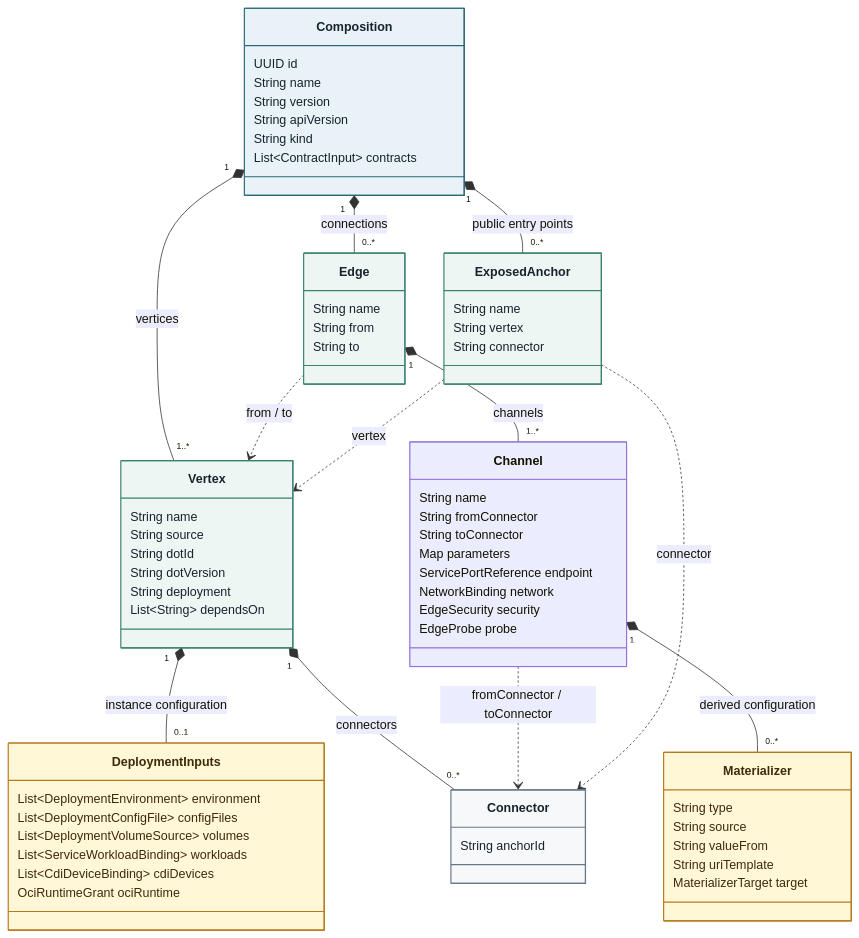
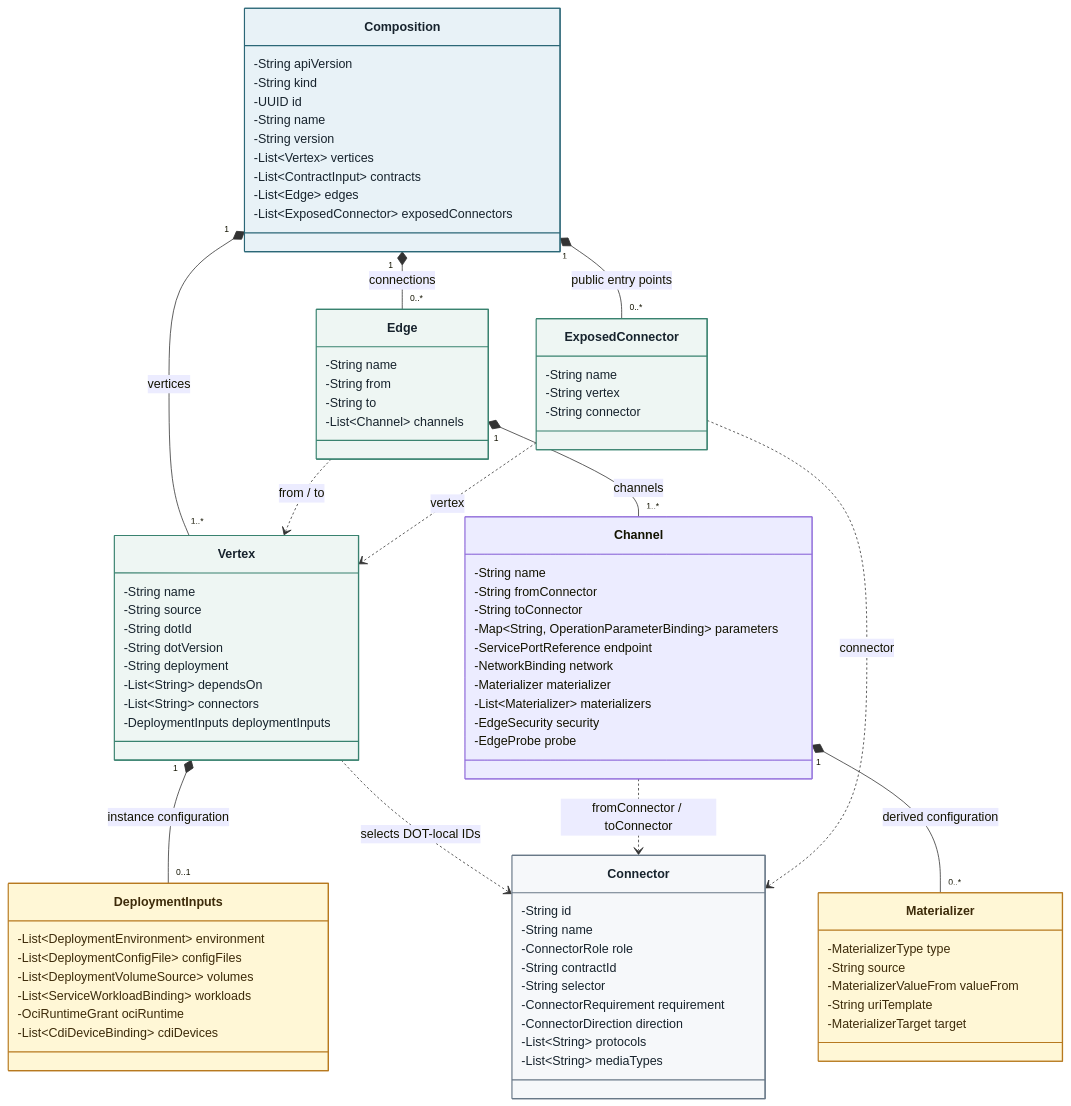
One commit to MARE-EU-Project/DOT-Docs changed the diagram in DOT-Design/next/dot-design/_attachments/diagrams/domain-composition.mmd. Above: the diagram before and after it, drawn with Mermaid. The commit also changed 106 other files, not shown here.

```diff
--- a/DOT-Design/next/dot-design/_attachments/diagrams/domain-composition.mmd
+++ b/DOT-Design/next/dot-design/_attachments/diagrams/domain-composition.mmd
@@ -1,79 +1,95 @@
 classDiagram
   direction TB
   accTitle: Composition vertices, edges, channels, and deployment inputs
-  accDescr: Edges connect named vertices. Each edge owns channels that select a connector on each endpoint. Each connector identifies an Anchor on the DOT chosen by its vertex.
+  accDescr: Edges connect named vertices. Each edge owns channels that select a connector on each endpoint. Each Vertex selects IDs from the Connectors defined by its DOT.
 
   class Composition {
-    UUID id
-    String name
-    String version
-    String apiVersion
-    String kind
-    List~ContractInput~ contracts
+    -String apiVersion
+    -String kind
+    -UUID id
+    -String name
+    -String version
+    -List~Vertex~ vertices
+    -List~ContractInput~ contracts
+    -List~Edge~ edges
+    -List~ExposedConnector~ exposedConnectors
   }
   class Vertex {
-    String name
-    String source
-    String dotId
-    String dotVersion
-    String deployment
-    List~String~ dependsOn
+    -String name
+    -String source
+    -String dotId
+    -String dotVersion
+    -String deployment
+    -List~String~ dependsOn
+    -List~String~ connectors
+    -DeploymentInputs deploymentInputs
   }
   class DeploymentInputs {
-    List~DeploymentEnvironment~ environment
-    List~DeploymentConfigFile~ configFiles
-    List~DeploymentVolumeSource~ volumes
-    List~ServiceWorkloadBinding~ workloads
-    List~CdiDeviceBinding~ cdiDevices
-    OciRuntimeGrant ociRuntime
+    -List~DeploymentEnvironment~ environment
+    -List~DeploymentConfigFile~ configFiles
+    -List~DeploymentVolumeSource~ volumes
+    -List~ServiceWorkloadBinding~ workloads
+    -OciRuntimeGrant ociRuntime
+    -List~CdiDeviceBinding~ cdiDevices
   }
   class Edge {
-    String name
-    String from
-    String to
+    -String name
+    -String from
+    -String to
+    -List~Channel~ channels
   }
   class Channel {
-    String name
-    String fromConnector
-    String toConnector
-    Map parameters
-    ServicePortReference endpoint
-    NetworkBinding network
-    EdgeSecurity security
-    EdgeProbe probe
+    -String name
+    -String fromConnector
+    -String toConnector
+    -Map~String, OperationParameterBinding~ parameters
+    -ServicePortReference endpoint
+    -NetworkBinding network
+    -Materializer materializer
+    -List~Materializer~ materializers
+    -EdgeSecurity security
+    -EdgeProbe probe
   }
   class Connector {
-    String anchorId
+    -String id
+    -String name
+    -ConnectorRole role
+    -String contractId
+    -String selector
+    -ConnectorRequirement requirement
+    -ConnectorDirection direction
+    -List~String~ protocols
+    -List~String~ mediaTypes
   }
   class Materializer {
-    String type
-    String source
-    String valueFrom
-    String uriTemplate
-    MaterializerTarget target
+    -MaterializerType type
+    -String source
+    -MaterializerValueFrom valueFrom
+    -String uriTemplate
+    -MaterializerTarget target
   }
-  class ExposedAnchor {
-    String name
-    String vertex
-    String connector
+  class ExposedConnector {
+    -String name
+    -String vertex
+    -String connector
   }
 
   Composition "1" *-- "1..*" Vertex : vertices
   Composition "1" *-- "0..*" Edge : connections
-  Composition "1" *-- "0..*" ExposedAnchor : public entry points
+  Composition "1" *-- "0..*" ExposedConnector : public entry points
   Vertex "1" *-- "0..1" DeploymentInputs : instance configuration
   Edge ..> Vertex : from / to
   Edge "1" *-- "1..*" Channel : channels
-  Vertex "1" *-- "0..*" Connector : connectors
+  Vertex ..> Connector : selects DOT-local IDs
   Channel ..> Connector : fromConnector / toConnector
   Channel "1" *-- "0..*" Materializer : derived configuration
-  ExposedAnchor ..> Vertex : vertex
-  ExposedAnchor ..> Connector : connector
+  ExposedConnector ..> Vertex : vertex
+  ExposedConnector ..> Connector : connector
 
   style Composition fill:#e8f2f7,stroke:#2b6777,color:#17232d,stroke-width:1.5px
   style Vertex fill:#eef6f3,stroke:#39826f,color:#17232d,stroke-width:1.5px
   style Edge fill:#eef6f3,stroke:#39826f,color:#17232d,stroke-width:1.5px
-  style ExposedAnchor fill:#eef6f3,stroke:#39826f,color:#17232d,stroke-width:1.5px
+  style ExposedConnector fill:#eef6f3,stroke:#39826f,color:#17232d,stroke-width:1.5px
   style DeploymentInputs fill:#fff7d6,stroke:#b7791f,color:#3d2b0a,stroke-width:1.5px
   style Materializer fill:#fff7d6,stroke:#b7791f,color:#3d2b0a,stroke-width:1.5px
   style Connector fill:#f6f8fa,stroke:#687887,color:#17232d,stroke-width:1.5px
```
